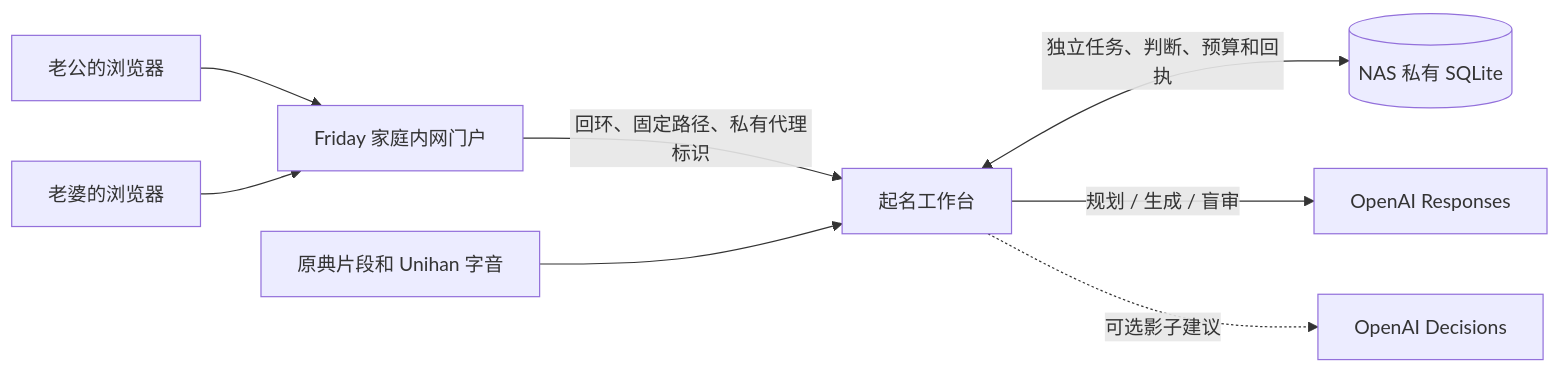
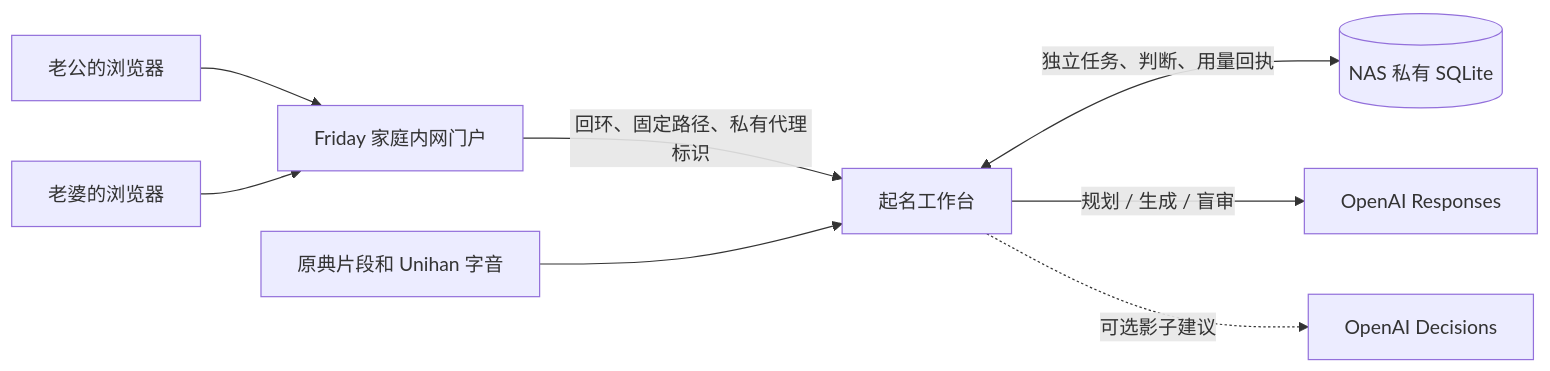
One commit to Geeprox/Friday changed the diagram in docs/baby-naming.md. Above: the diagram before and after it, drawn with Mermaid. The commit also changed other lines of this file and 6 other files, not shown here.

````diff
--- a/docs/baby-naming.md
+++ b/docs/baby-naming.md
@@ -5,10 +5,10 @@
 ```mermaid
 flowchart LR
   H["老公的浏览器"] --> P["Friday 家庭内网门户"]
   W["老婆的浏览器"] --> P
   P -->|"回环、固定路径、私有代理标识"| N["起名工作台"]
-  N <-->|"独立任务、判断、预算和回执"| DB[("NAS 私有 SQLite")]
+  N <-->|"独立任务、判断、用量回执"| DB[("NAS 私有 SQLite")]
   N -->|"规划 / 生成 / 盲审"| R["OpenAI Responses"]
   N -.->|"可选影子建议"| D["OpenAI Decisions"]
   C["原典片段和 Unihan 字音"] --> N
 ```
````
